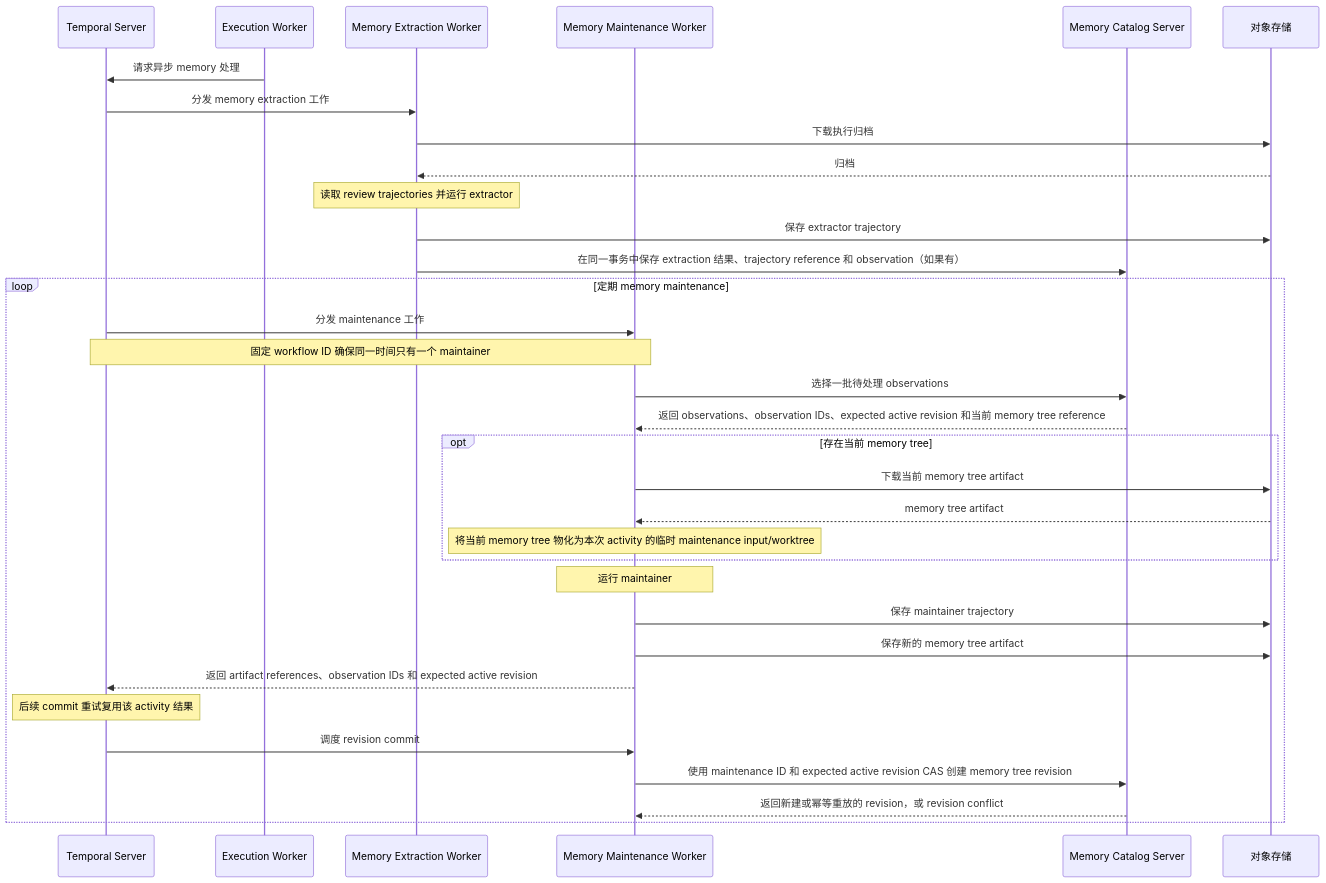
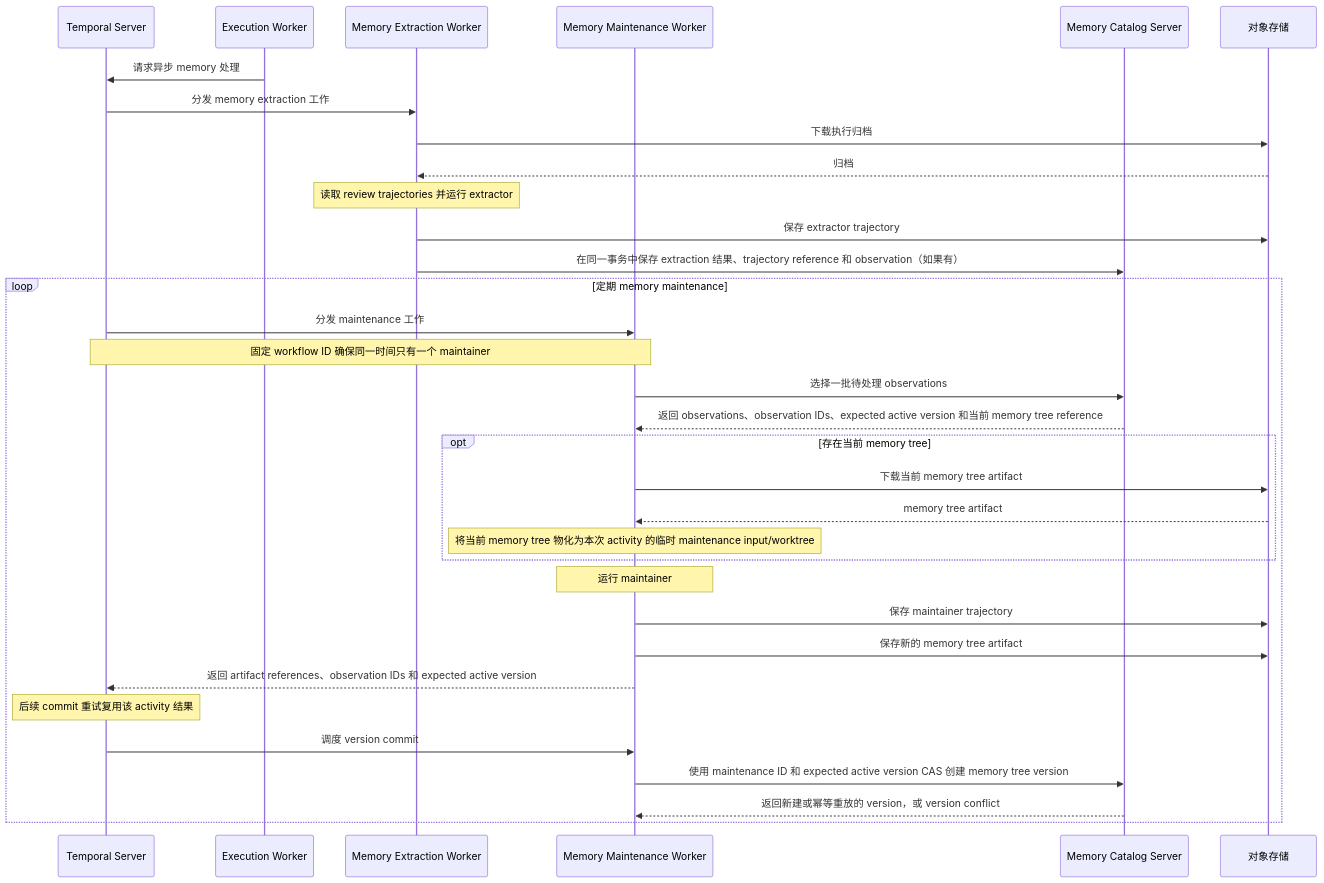
Before and after one commit to Agent-AI-Chalmers/sec-review-bot: the second of 3 diagrams in docs/architecture/SYSTEM_ARCHITECTURE.zh.md, drawn with Mermaid. The commit also changed other lines of this file and 262 other files, not shown here.

Commit message:
refactor(memory-catalog)!: unify version naming across memory boundaries (#349)

````diff
--- a/docs/architecture/SYSTEM_ARCHITECTURE.zh.md
+++ b/docs/architecture/SYSTEM_ARCHITECTURE.zh.md
@@ -79,36 +79,36 @@
 ```mermaid
 sequenceDiagram
   participant Temporal as Temporal Server
   participant ExecutionWorker as Execution Worker
   participant ExtractionWorker as Memory Extraction Worker
   participant MaintenanceWorker as Memory Maintenance Worker
   participant Catalog as Memory Catalog Server
   participant Storage as 对象存储
 
   ExecutionWorker->>Temporal: 请求异步 memory 处理
   Temporal->>ExtractionWorker: 分发 memory extraction 工作
   ExtractionWorker->>Storage: 下载执行归档
   Storage-->>ExtractionWorker: 归档
   Note over ExtractionWorker: 读取 review trajectories 并运行 extractor
   ExtractionWorker->>Storage: 保存 extractor trajectory
   ExtractionWorker->>Catalog: 在同一事务中保存 extraction 结果、trajectory reference 和 observation（如果有）
   loop 定期 memory maintenance
     Temporal->>MaintenanceWorker: 分发 maintenance 工作
     Note over Temporal,MaintenanceWorker: 固定 workflow ID 确保同一时间只有一个 maintainer
     MaintenanceWorker->>Catalog: 选择一批待处理 observations
-    Catalog-->>MaintenanceWorker: 返回 observations、observation IDs、expected active revision 和当前 memory tree reference
+    Catalog-->>MaintenanceWorker: 返回 observations、observation IDs、expected active version 和当前 memory tree reference
     opt 存在当前 memory tree
       MaintenanceWorker->>Storage: 下载当前 memory tree artifact
       Storage-->>MaintenanceWorker: memory tree artifact
       Note over MaintenanceWorker: 将当前 memory tree 物化为本次 activity 的临时 maintenance input/worktree
     end
     Note over MaintenanceWorker: 运行 maintainer
     MaintenanceWorker->>Storage: 保存 maintainer trajectory
     MaintenanceWorker->>Storage: 保存新的 memory tree artifact
-    MaintenanceWorker-->>Temporal: 返回 artifact references、observation IDs 和 expected active revision
+    MaintenanceWorker-->>Temporal: 返回 artifact references、observation IDs 和 expected active version
     Note over Temporal: 后续 commit 重试复用该 activity 结果
-    Temporal->>MaintenanceWorker: 调度 revision commit
-    MaintenanceWorker->>Catalog: 使用 maintenance ID 和 expected active revision CAS 创建 memory tree revision
-    Catalog-->>MaintenanceWorker: 返回新建或幂等重放的 revision，或 revision conflict
+    Temporal->>MaintenanceWorker: 调度 version commit
+    MaintenanceWorker->>Catalog: 使用 maintenance ID 和 expected active version CAS 创建 memory tree version
+    Catalog-->>MaintenanceWorker: 返回新建或幂等重放的 version，或 version conflict
   end
 ```
````
